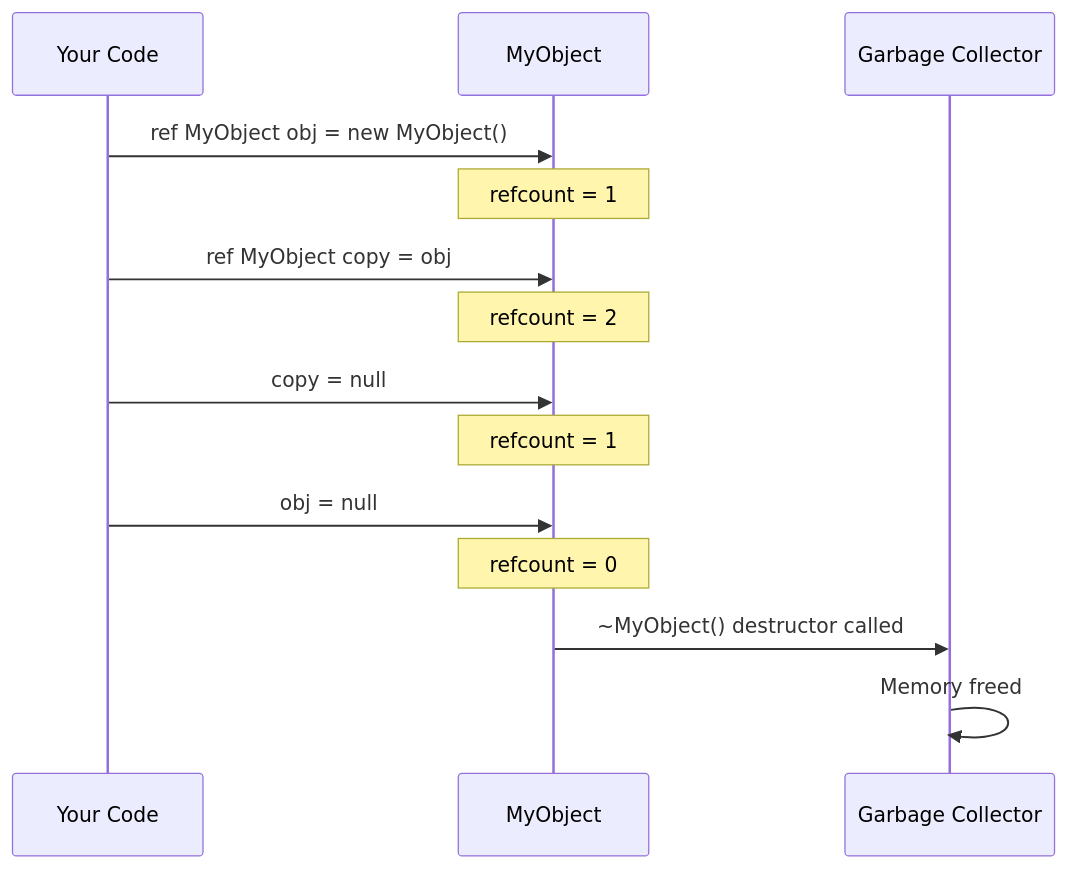
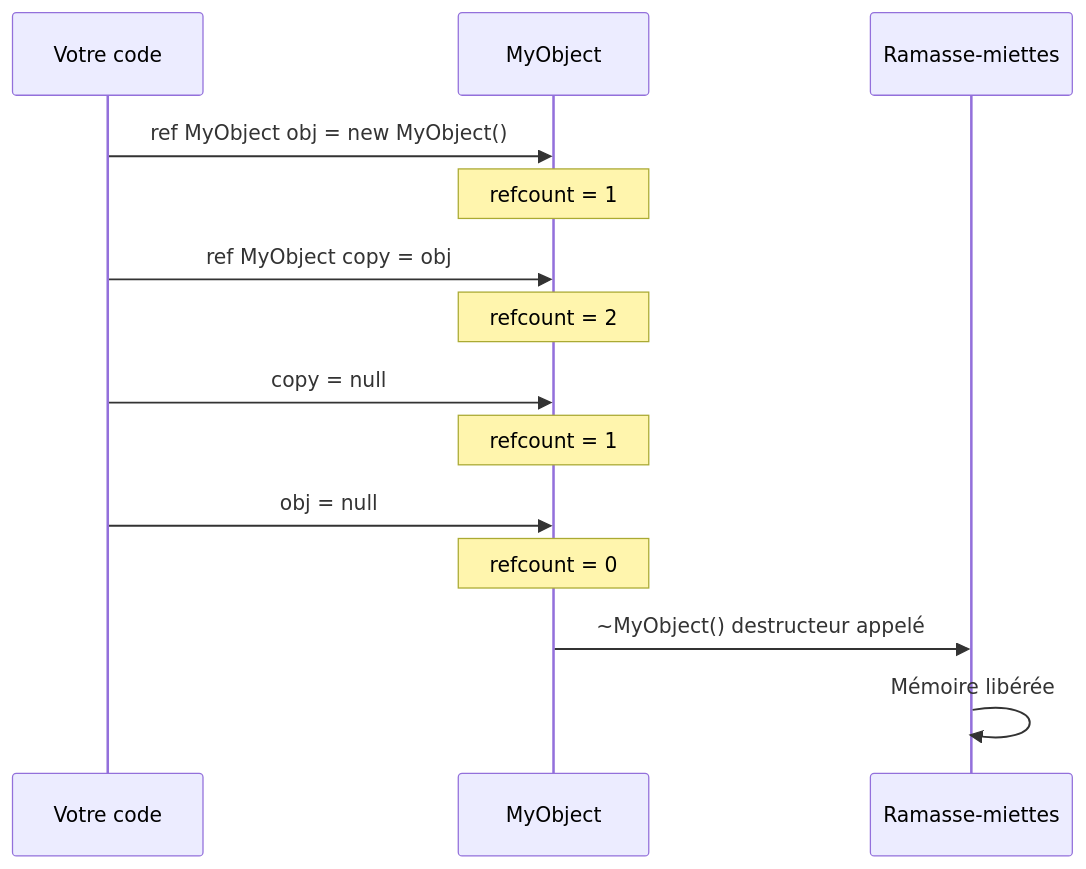
The first of 2 diagrams in fr/01-enforce-script/08-memory-management.md (StarDZ-Team/DayZ-Modding-Wiki), drawn with Mermaid before and after one commit. The commit also changed other lines of this file and 10 other files, not shown here.

````diff
--- a/fr/01-enforce-script/08-memory-management.md
+++ b/fr/01-enforce-script/08-memory-management.md
@@ -340,21 +340,21 @@
 ```mermaid
 sequenceDiagram
-    participant Code as Your Code
+    participant Code as Votre code
     participant Obj as MyObject
-    participant GC as Garbage Collector
+    participant GC as Ramasse-miettes
 
     Code->>Obj: ref MyObject obj = new MyObject()
     Note over Obj: refcount = 1
 
     Code->>Obj: ref MyObject copy = obj
     Note over Obj: refcount = 2
 
     Code->>Obj: copy = null
     Note over Obj: refcount = 1
 
     Code->>Obj: obj = null
     Note over Obj: refcount = 0
 
-    Obj->>GC: ~MyObject() destructor called
-    GC->>GC: Memory freed
+    Obj->>GC: ~MyObject() destructeur appelé
+    GC->>GC: Mémoire libérée
 ```
````
